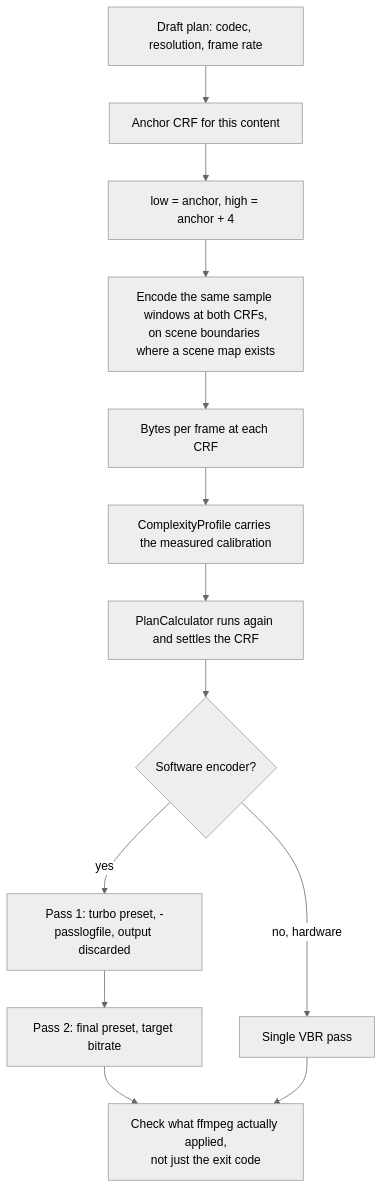
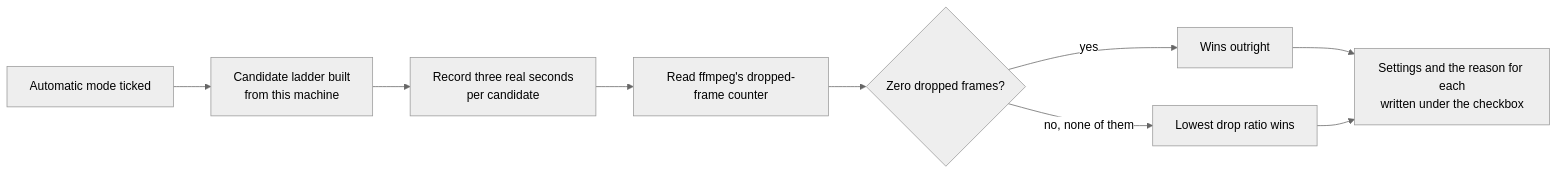
One commit to Teknesyum/VidShrink changed the second of 2 diagrams in README.md. Above: the diagram before and after it, drawn with Mermaid (neutral theme). The commit also changed other lines of this file and 118 other files, not shown here.

````diff
--- a/README.md
+++ b/README.md
@@ -187,15 +168,11 @@
 ```mermaid
-flowchart TD
-    D["Draft plan: codec, resolution, frame rate"] --> A["Anchor CRF for this content"]
-    A --> B["low = anchor, high = anchor + 4"]
-    B --> C["Encode the same sample windows at both CRFs,<br/>on scene boundaries where a scene map exists"]
-    C --> E["Bytes per frame at each CRF"]
-    E --> F["ComplexityProfile carries the measured calibration"]
-    F --> G["PlanCalculator runs again and settles the CRF"]
-    G --> H{"Software encoder?"}
-    H -->|yes| P1["Pass 1: turbo preset, -passlogfile, output discarded"]
-    P1 --> P2["Pass 2: final preset, target bitrate"]
-    H -->|"no, hardware"| VBR["Single VBR pass"]
-    P2 --> V["Check what ffmpeg actually applied,<br/>not just the exit code"]
-    VBR --> V
+flowchart LR
+    A["Automatic mode ticked"] --> B["Candidate ladder built<br/>from this machine"]
+    B --> C["Record three real seconds<br/>per candidate"]
+    C --> D["Read ffmpeg's dropped-frame counter"]
+    D --> E{"Zero dropped frames?"}
+    E -->|yes| F["Wins outright"]
+    E -->|"no, none of them"| G["Lowest drop ratio wins"]
+    F --> H["Settings and the reason for each<br/>written under the checkbox"]
+    G --> H
 ```
````
